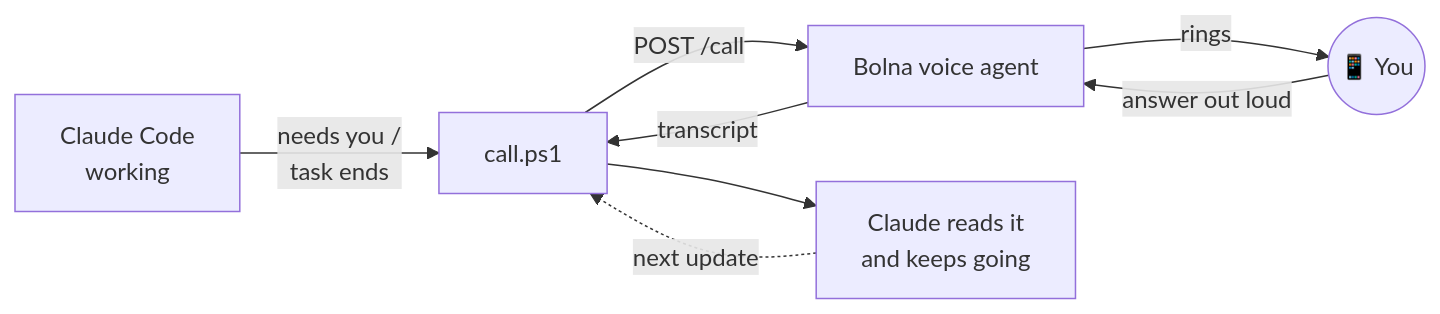
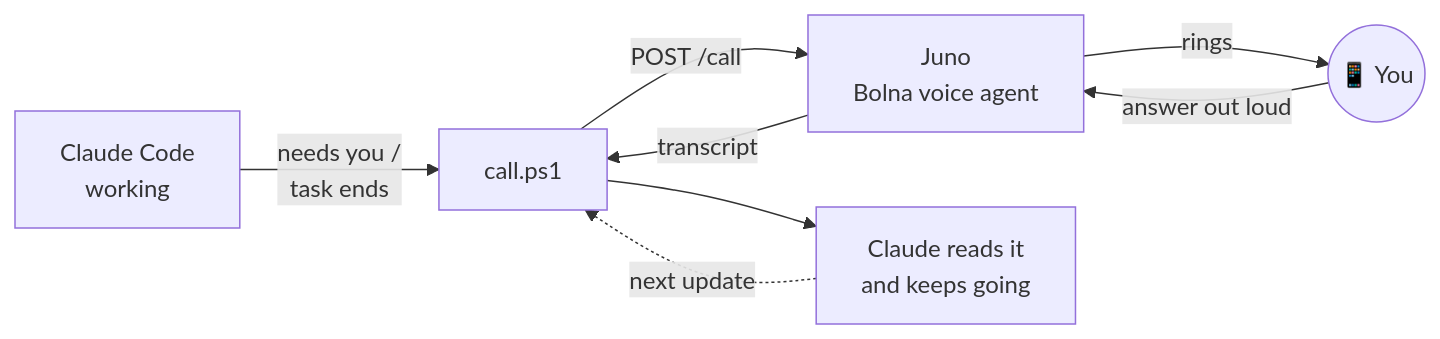
The diagram in README.md (MithunSidhaarth/claude-call-me), drawn with Mermaid before and after one commit. The commit also changed other lines of this file and 4 other files, not shown here.

Commit message:
Name the voice agent Juno and give it a personality

````diff
--- a/README.md
+++ b/README.md
@@ -43,10 +49,10 @@
 ```mermaid
 flowchart LR
     A[Claude Code<br/>working] -->|needs you /<br/>task ends| B[call.ps1]
-    B -->|POST /call| C[Bolna voice agent]
+    B -->|POST /call| C[Juno<br/>Bolna voice agent]
     C -->|rings| D((📱 You))
     D -->|answer out loud| C
     C -->|transcript| B
     B --> E[Claude reads it<br/>and keeps going]
     E -.->|next update| B
 ```
````
